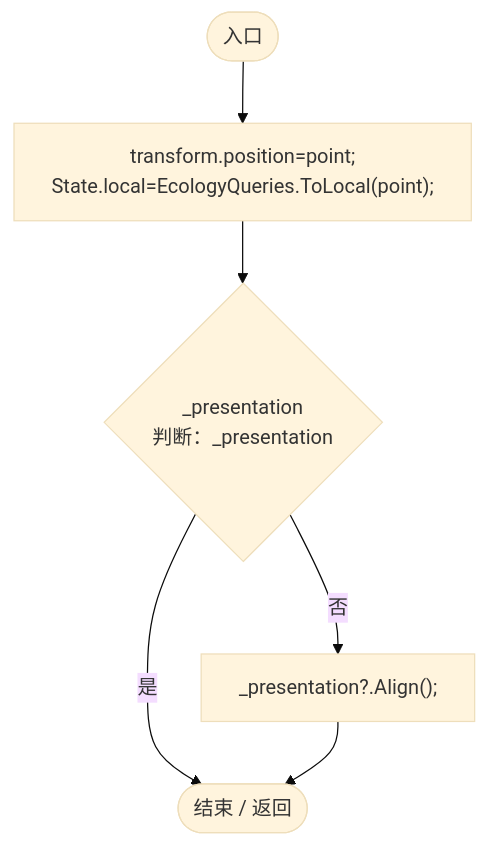
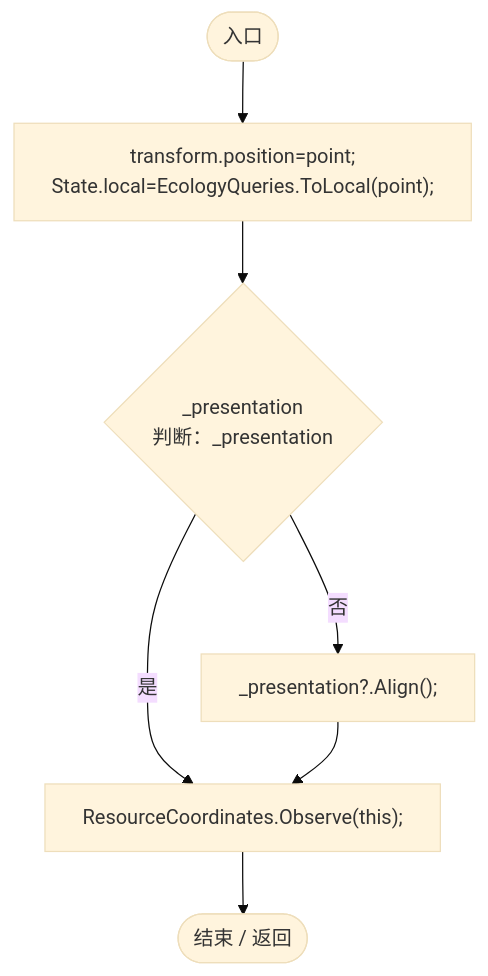
Diagram 15 of 20 in Docs/运行流程图/脚本/293dbaecfff4b585.md (xhs6666/Darwin_paradise), drawn with Mermaid (base theme) before and after one commit. The commit also changed other lines of this file and 233 other files, not shown here.

````diff
--- a/Docs/运行流程图/脚本/293dbaecfff4b585.md
+++ b/Docs/运行流程图/脚本/293dbaecfff4b585.md
@@ -505,14 +510,16 @@
 ```mermaid
 flowchart TD
   b0(["入口"])
   b1["transform.position=point;<br/>State.local=EcologyQueries.ToLocal(point);"]
   b2{"_presentation<br/>判断：_presentation"}
   b3["_presentation?.Align();"]
-  b4(["结束 / 返回"])
+  b4["ResourceCoordinates.Observe(this);"]
+  b5(["结束 / 返回"])
   b0 --> b1
   b1 --> b2
   b2 -->|"否"| b3
   b2 -->|"是"| b4
   b3 --> b4
+  b4 --> b5
 
 ```
````
